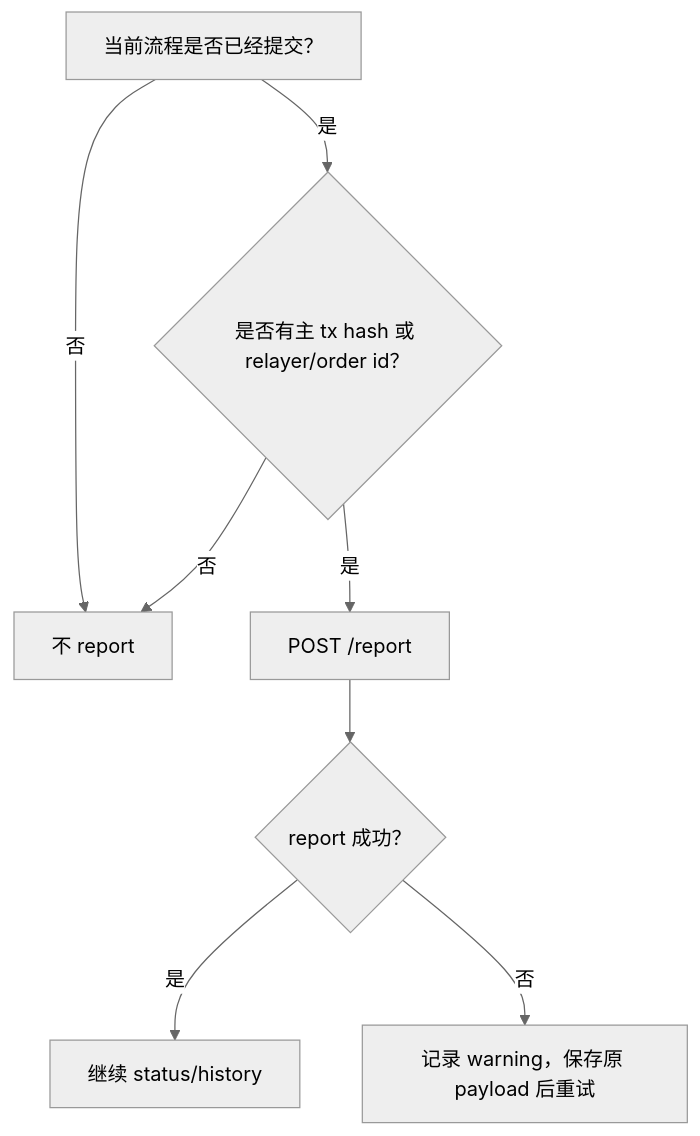
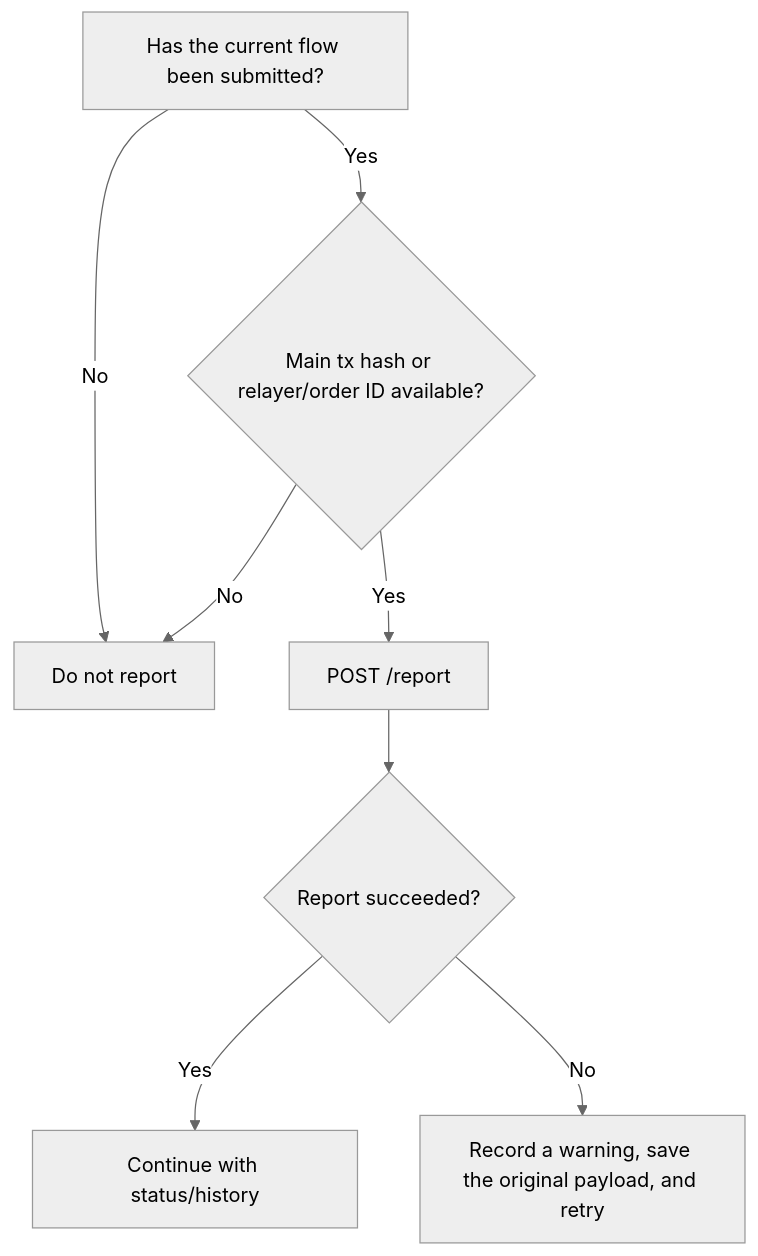
One commit to rhea-finance/rhea-sdk-docs changed the sixth of 6 diagrams in MCA_SWAP_HTTP_API.md. Above: the diagram before and after it, drawn with Mermaid (neutral theme). The commit also changed other lines of this file, not shown here.

````diff
--- a/MCA_SWAP_HTTP_API.md
+++ b/MCA_SWAP_HTTP_API.md
@@ -1117,10 +1117,10 @@
 ```mermaid
 flowchart TD
-  A["当前流程是否已经提交？"] -->|"否"| N["不 report"]
-  A -->|"是"| K{"是否有主 tx hash 或 relayer/order id？"}
-  K -->|"否"| N
-  K -->|"是"| R["POST /report"]
-  R --> OK{"report 成功？"}
-  OK -->|"是"| D["继续 status/history"]
-  OK -->|"否"| W["记录 warning，保存原 payload 后重试"]
+  A["Has the current flow been submitted?"] -->|"No"| N["Do not report"]
+  A -->|"Yes"| K{"Main tx hash or relayer/order ID available?"}
+  K -->|"No"| N
+  K -->|"Yes"| R["POST /report"]
+  R --> OK{"Report succeeded?"}
+  OK -->|"Yes"| D["Continue with status/history"]
+  OK -->|"No"| W["Record a warning, save the original payload, and retry"]
 ```
````
